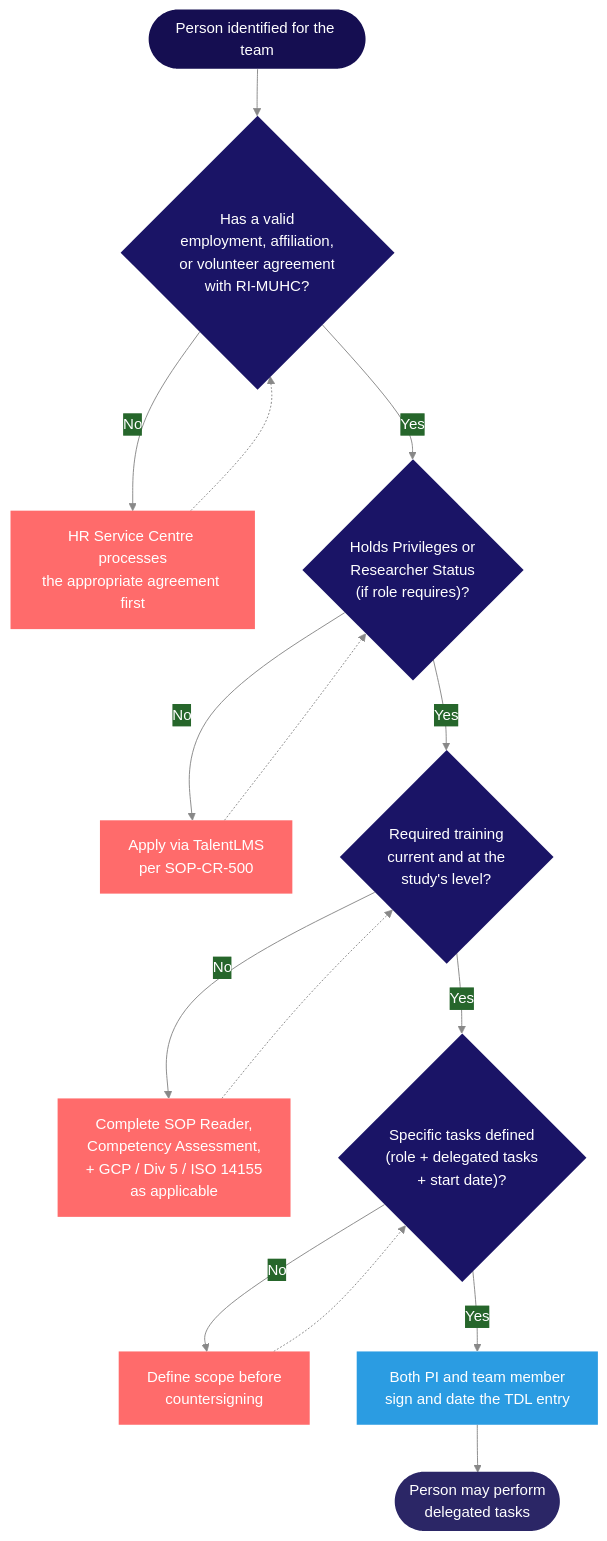
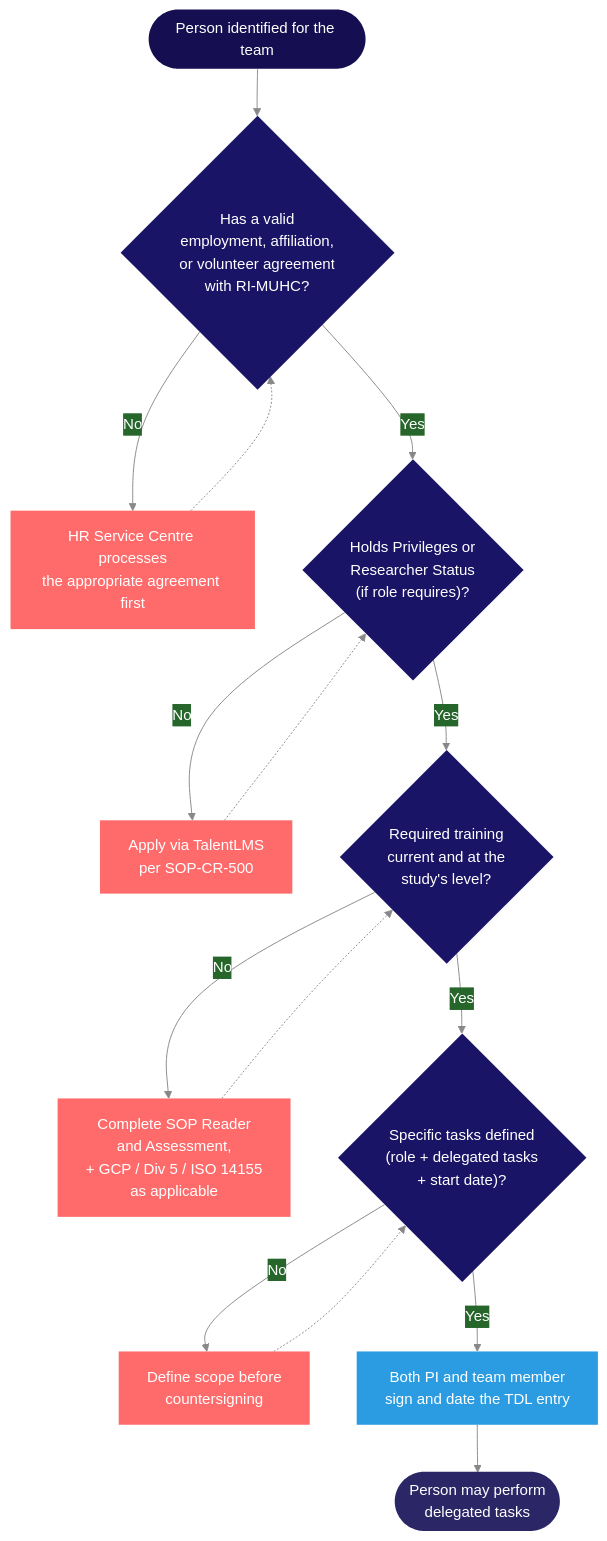
One commit to matthewfiorentino/docs changed the diagram in roles/investigator.mdx. Above: the diagram before and after it, drawn with Mermaid. The commit also changed other lines of this file and 169 other files, not shown here.

````diff
--- a/roles/investigator.mdx
+++ b/roles/investigator.mdx
@@ -304,31 +202,31 @@
   ```mermaid
   %%{init: {'theme':'base','themeVariables':{'primaryColor':'#2b2666','primaryTextColor':'#ffffff','primaryBorderColor':'#2b2666','lineColor':'#888','fontFamily':'system-ui,sans-serif'}}}%%
   flowchart TD
       A(["Person identified for the team"]) --> B{"Has a valid<br/>employment, affiliation,<br/>or volunteer agreement<br/>with RI-MUHC?"}
       B -->|"No"| BX["HR Service Centre processes<br/>the appropriate agreement first"]
       B -->|"Yes"| C{"Holds Privileges or<br/>Researcher Status<br/>(if role requires)?"}
       C -->|"No"| CX["Apply via TalentLMS<br/>per SOP-CR-500"]
       C -->|"Yes"| D{"Required training<br/>current and at the<br/>study's level?"}
-      D -->|"No"| DX["Complete SOP Reader,<br/>Competency Assessment,<br/>+ GCP / Div 5 / ISO 14155<br/>as applicable"]
+      D -->|"No"| DX["Complete SOP Reader<br/>and Assessment,<br/>+ GCP / Div 5 / ISO 14155<br/>as applicable"]
       D -->|"Yes"| E{"Specific tasks defined<br/>(role + delegated tasks<br/>+ start date)?"}
       E -->|"No"| EX["Define scope before<br/>countersigning"]
       E -->|"Yes"| F["Both PI and team member<br/>sign and date the TDL entry"]
       F --> G(["Person may perform<br/>delegated tasks"])
 
       BX -.-> B
       CX -.-> C
       DX -.-> D
       EX -.-> E
 
       style A fill:#150e51,color:#fff,stroke:none
       style B fill:#1a1466,color:#fff,stroke:none
       style C fill:#1a1466,color:#fff,stroke:none
       style D fill:#1a1466,color:#fff,stroke:none
       style E fill:#1a1466,color:#fff,stroke:none
       style F fill:#2b9ce2,color:#fff,stroke:none
       style G fill:#2b2666,color:#fff,stroke:none
       style BX fill:#ff6b6b,color:#fff,stroke:none
       style CX fill:#ff6b6b,color:#fff,stroke:none
       style DX fill:#ff6b6b,color:#fff,stroke:none
       style EX fill:#ff6b6b,color:#fff,stroke:none
   ```
````
